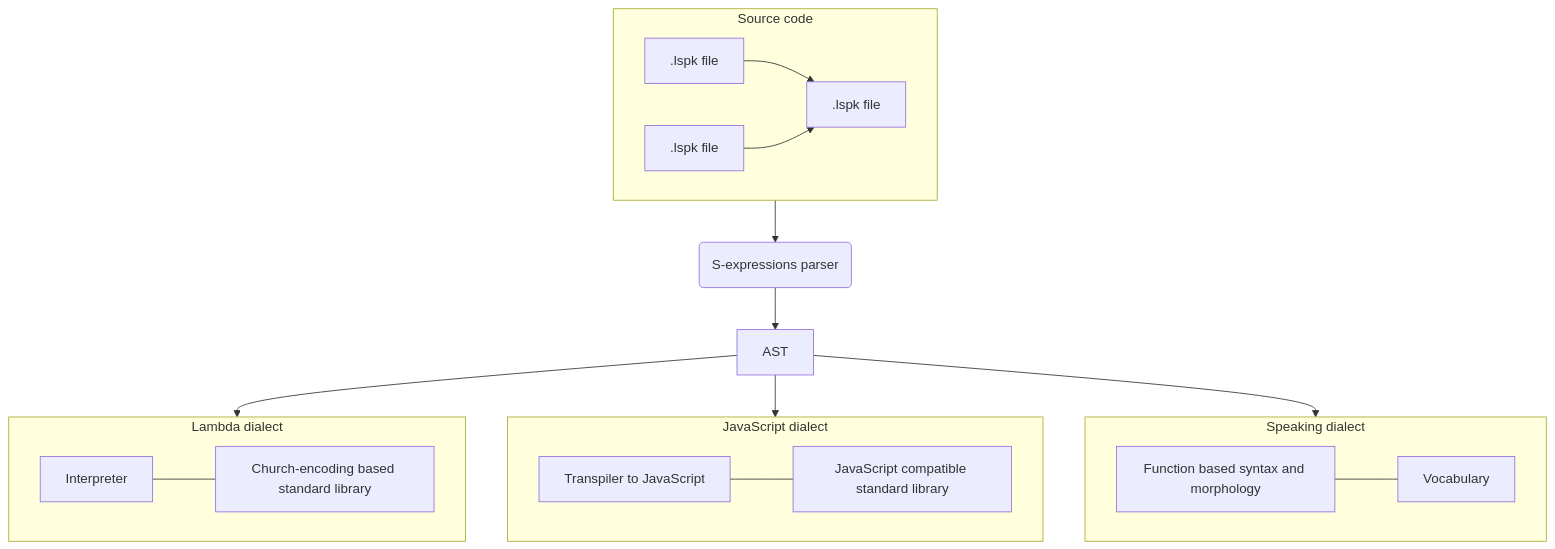
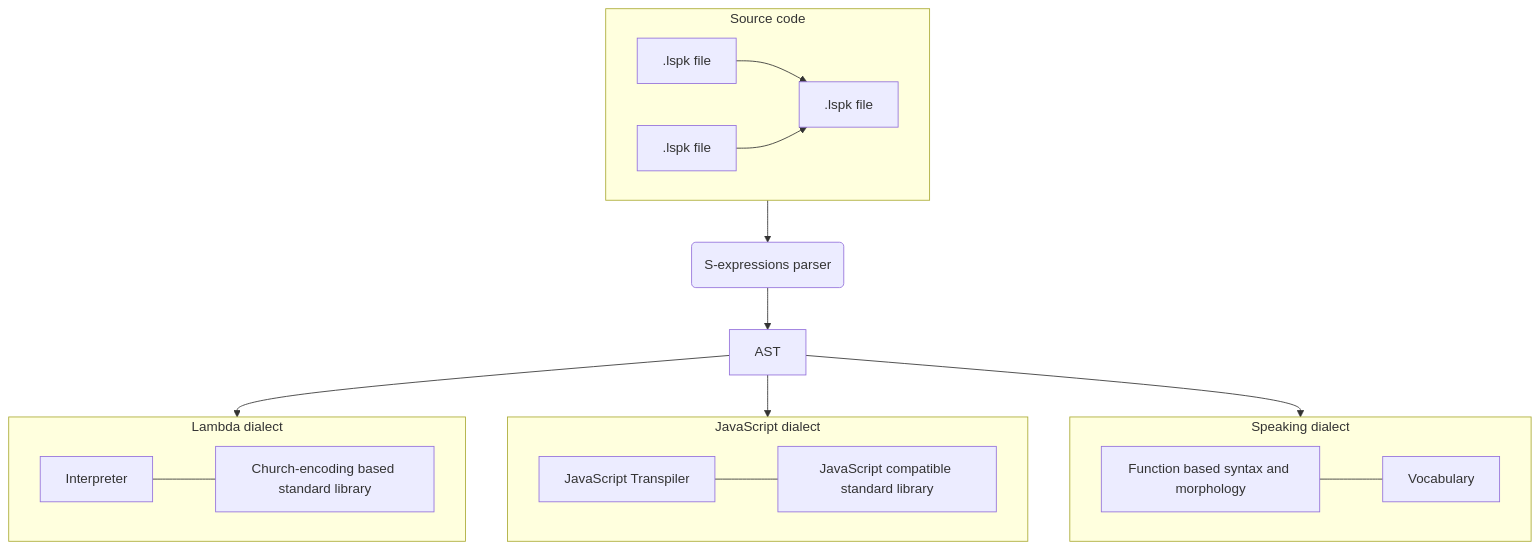
The diagram in README.md (lispeak/docs), drawn with Mermaid before and after one commit.

````diff
--- a/README.md
+++ b/README.md
@@ -14,31 +14,31 @@
 ```mermaid
 flowchart TD
  subgraph Source["Source code"]
         File1[".lspk file"]
         File2[".lspk file"]
         File3[".lspk file"]
         File1 --> File3
         File2 --> File3
   end
  subgraph HighDialect["Lambda dialect"]
         Interpreter["Interpreter"]
         HighLib["Church-encoding based standard library"]
         Interpreter --- HighLib
   end
  subgraph LowDialect["JavaScript dialect"]
-        Transpiler["Transpiler to JavaScript"]
+        Transpiler["JavaScript Transpiler"]
         LowLib["JavaScript compatible standard library"]
         Transpiler --- LowLib
   end
  subgraph SpeakDialect["Speaking dialect"]
         Grammar["Function based syntax and morphology"]
         VocabularLib["Vocabulary"]
         Grammar --- VocabularLib
   end
     AST["AST"]
     Parser("S-expressions parser")
 
     Source --> Parser
     Parser --> AST
     AST --> HighDialect & LowDialect & SpeakDialect
 ```
````
